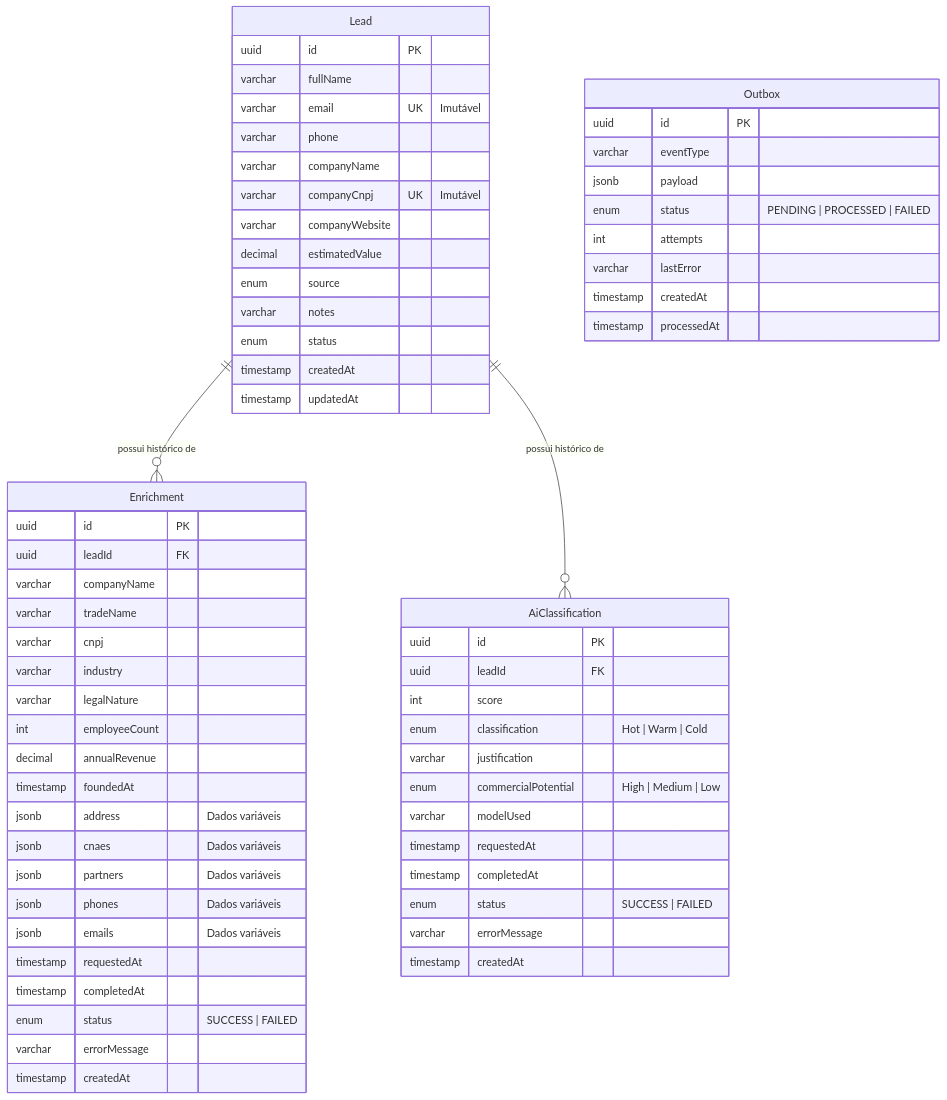
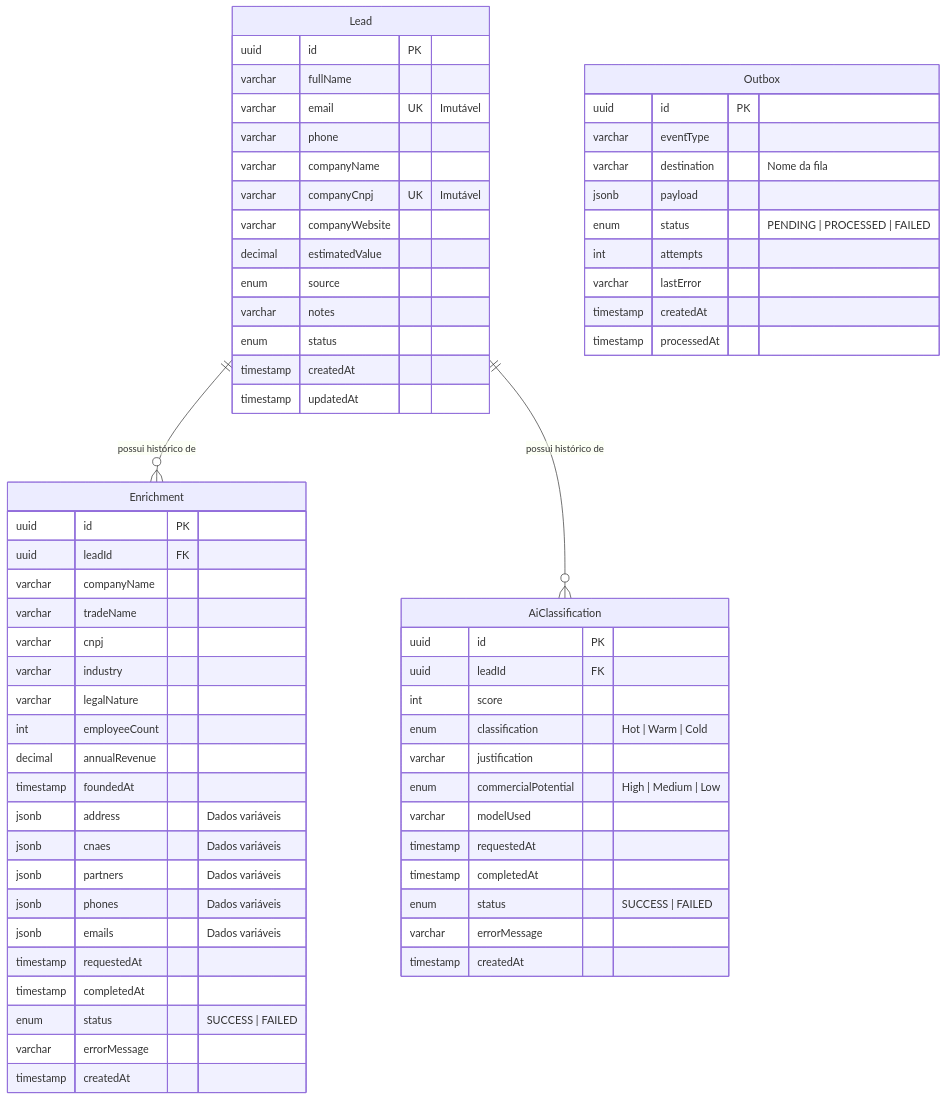
Before and after one commit to luluopa/semantic-lead-intelligence-engine: the second of 2 diagrams in README.pt-BR.md, drawn with Mermaid. The commit also changed other lines of this file and 1 other file, not shown here.

Commit message:
docs: update README and README.pt-BR to clarify Outbox Pattern implementation and enhance descriptions of transactional messaging and system architecture

````diff
--- a/README.pt-BR.md
+++ b/README.pt-BR.md
@@ -101,70 +106,71 @@
 ```mermaid
 erDiagram
     Lead {
         uuid id PK
         varchar fullName
         varchar email UK "Imutável"
         varchar phone
         varchar companyName
         varchar companyCnpj UK "Imutável"
         varchar companyWebsite
         decimal estimatedValue
         enum source
         varchar notes
         enum status
         timestamp createdAt
         timestamp updatedAt
     }
 
     Enrichment {
         uuid id PK
         uuid leadId FK
         varchar companyName
         varchar tradeName
         varchar cnpj
         varchar industry
         varchar legalNature
         int employeeCount
         decimal annualRevenue
         timestamp foundedAt
         jsonb address "Dados variáveis"
         jsonb cnaes "Dados variáveis"
         jsonb partners "Dados variáveis"
         jsonb phones "Dados variáveis"
         jsonb emails "Dados variáveis"
         timestamp requestedAt
         timestamp completedAt
         enum status "SUCCESS | FAILED"
         varchar errorMessage
         timestamp createdAt
     }
 
     AiClassification {
         uuid id PK
         uuid leadId FK
         int score
         enum classification "Hot | Warm | Cold"
         varchar justification
         enum commercialPotential "High | Medium | Low"
         varchar modelUsed
         timestamp requestedAt
         timestamp completedAt
         enum status "SUCCESS | FAILED"
         varchar errorMessage
         timestamp createdAt
     }
 
     Outbox {
         uuid id PK
         varchar eventType
+        varchar destination "Nome da fila"
         jsonb payload
         enum status "PENDING | PROCESSED | FAILED"
         int attempts
         varchar lastError
         timestamp createdAt
         timestamp processedAt
     }
 
     Lead ||--o{ Enrichment : "possui histórico de"
     Lead ||--o{ AiClassification : "possui histórico de"
 ```
````
